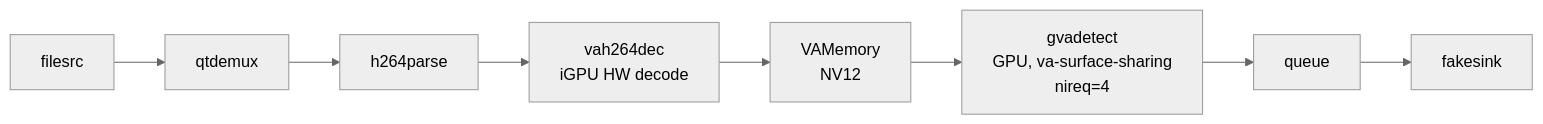
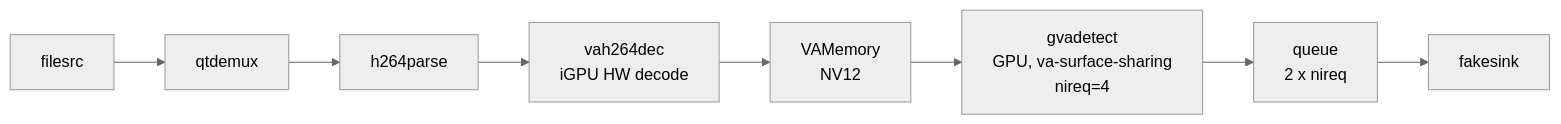
One commit to open-edge-platform/dlstreamer changed the third of 3 diagrams in samples/gstreamer/e2e_performance/README.md. Above: the diagram before and after it, drawn with Mermaid (neutral theme). The commit also changed other lines of this file and 3 other files, not shown here.

````diff
--- a/samples/gstreamer/e2e_performance/README.md
+++ b/samples/gstreamer/e2e_performance/README.md
@@ -141,8 +136,8 @@
 ```mermaid
 flowchart LR
     A[filesrc] --> B[qtdemux] --> C[h264parse]
     C --> D["vah264dec\niGPU HW decode"]
     D --> E["VAMemory\nNV12"]
     E --> F["gvadetect\nGPU, va-surface-sharing\nnireq=4"]
-    F --> G[queue] --> H[fakesink]
+    F --> G["queue\n2 x nireq"] --> H[fakesink]
 ```
````
